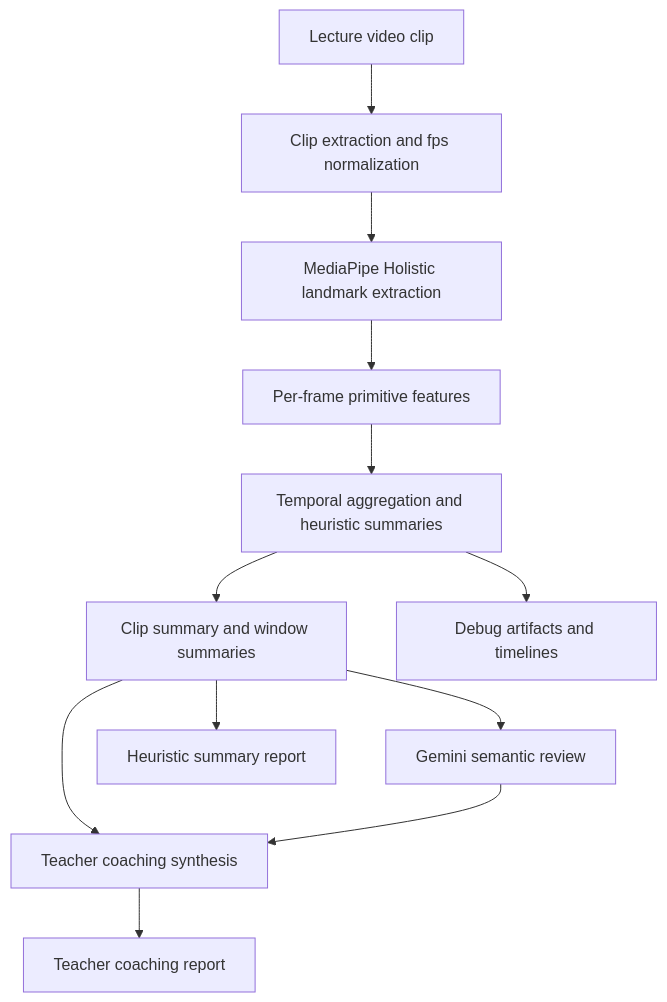
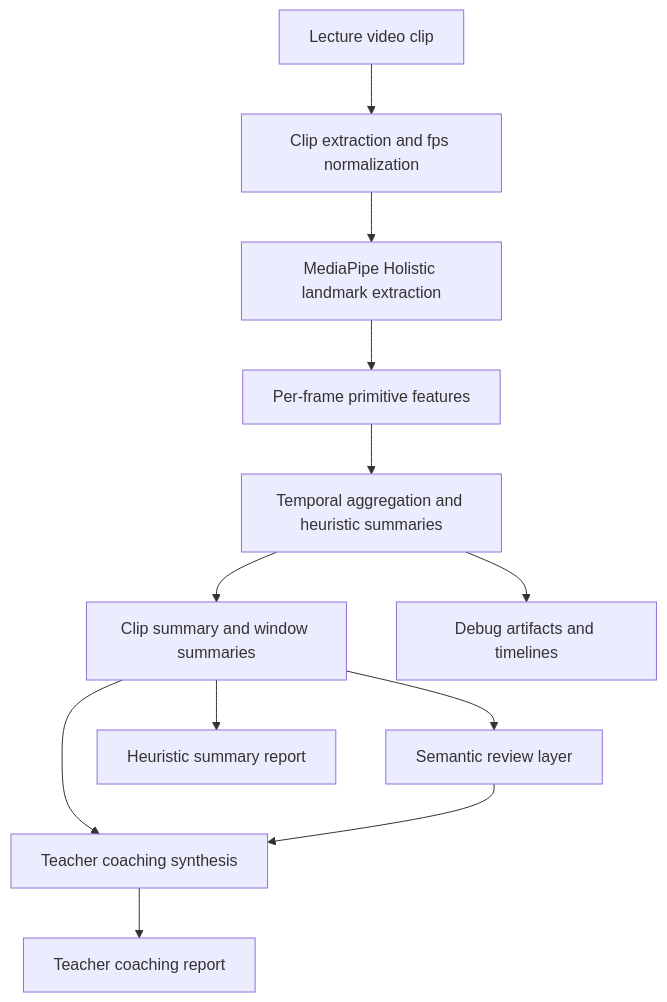
One commit to kv-248/TeacherEvaluation changed the first of 4 diagrams in docs/thesis_research_report.md. Above: the diagram before and after it, drawn with Mermaid. The commit also changed other lines of this file and 4 other files, not shown here.

````diff
--- a/docs/thesis_research_report.md
+++ b/docs/thesis_research_report.md
@@ -160,14 +145,14 @@
 ```mermaid
 flowchart TD
     A[Lecture video clip] --> B[Clip extraction and fps normalization]
     B --> C[MediaPipe Holistic landmark extraction]
     C --> D[Per-frame primitive features]
     D --> E[Temporal aggregation and heuristic summaries]
     E --> F[Clip summary and window summaries]
-    F --> G[Gemini semantic review]
+    F --> G[Semantic review layer]
     F --> H[Teacher coaching synthesis]
     G --> H
     H --> I[Teacher coaching report]
     F --> J[Heuristic summary report]
     E --> K[Debug artifacts and timelines]
 ```
````
